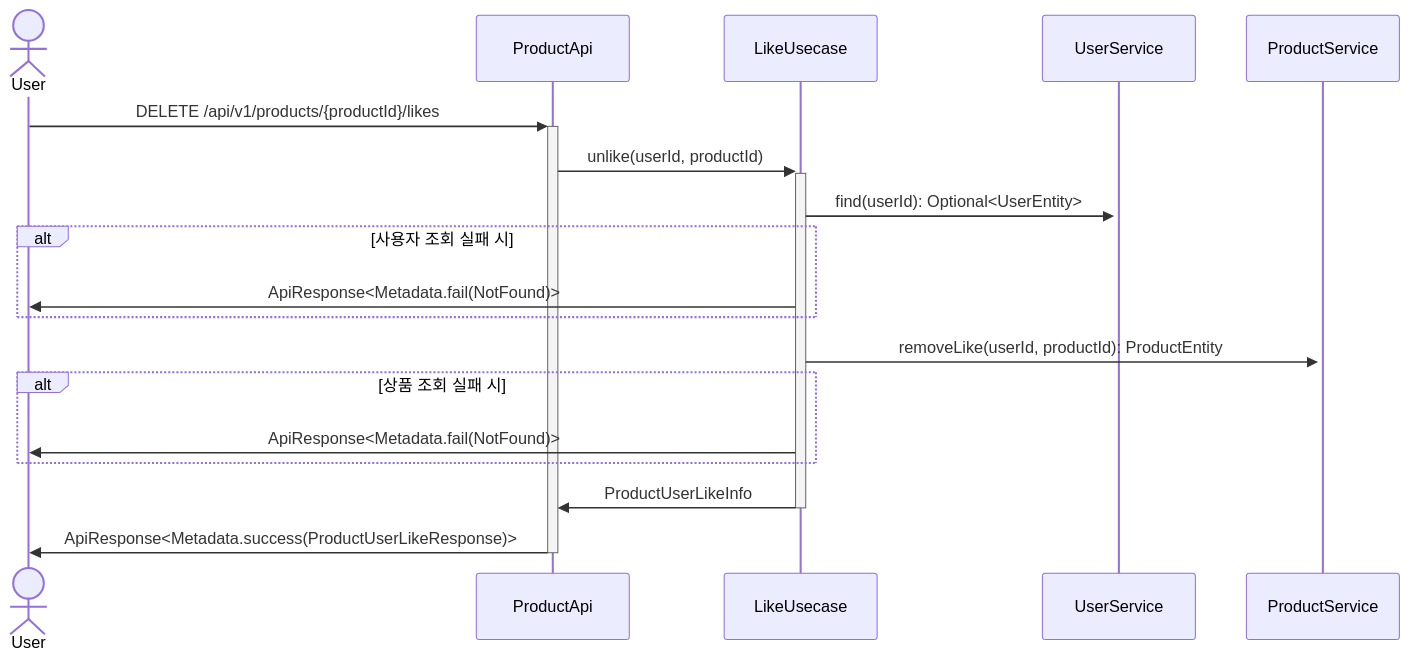
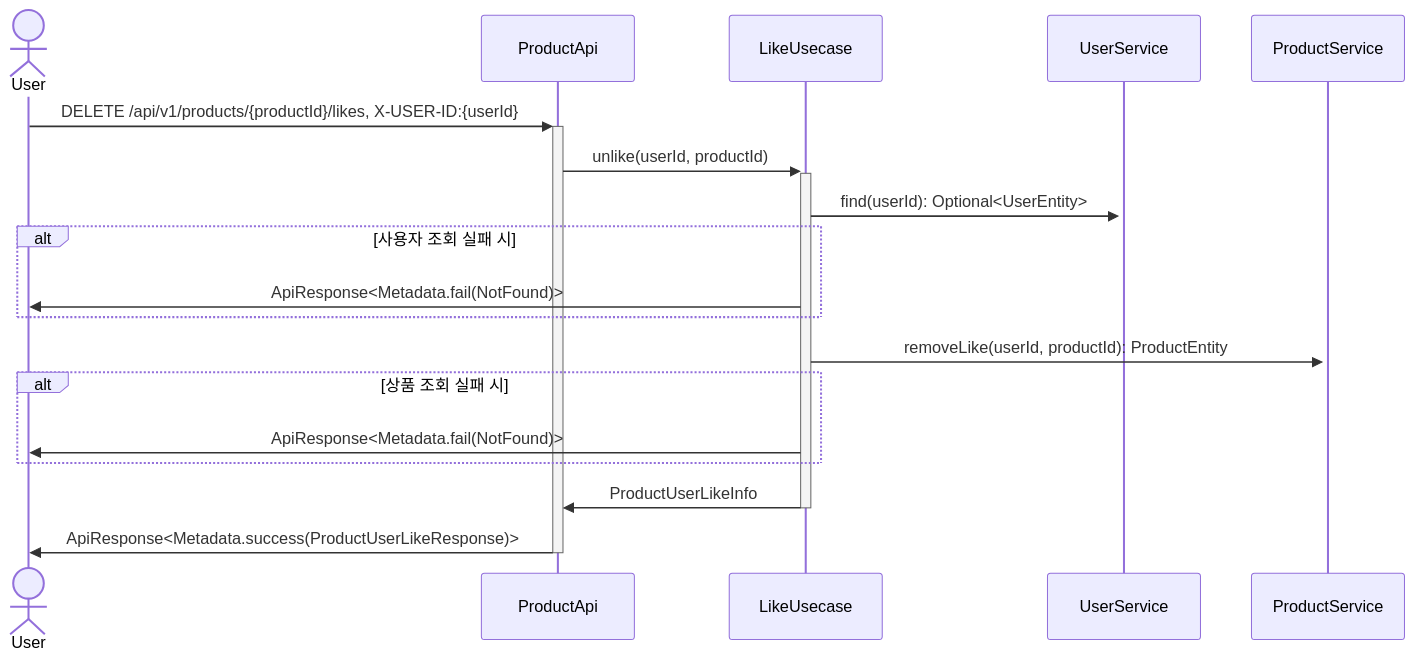
Before and after one commit to Iol-lshh/loopers_be_practice_byjava: the fifth of 9 diagrams in docs/design/02-sequence-diagrams.md, drawn with Mermaid. The commit also changed other lines of this file and 100 other files, not shown here.

````diff
--- a/docs/design/02-sequence-diagrams.md
+++ b/docs/design/02-sequence-diagrams.md
@@ -96,16 +96,16 @@
 ```mermaid
 sequenceDiagram
     actor User
-    User->>+ProductApi: DELETE /api/v1/products/{productId}/likes
+    User->>+ProductApi: DELETE /api/v1/products/{productId}/likes, X-USER-ID:{userId}
     ProductApi->>+LikeUsecase: unlike(userId, productId)
     LikeUsecase->>+UserService: find(userId): Optional<UserEntity>
     alt 사용자 조회 실패 시
         LikeUsecase->>User: ApiResponse<Metadata.fail(NotFound)>
     end
     LikeUsecase->>+ProductService: removeLike(userId, productId): ProductEntity
     alt 상품 조회 실패 시
         LikeUsecase->>User: ApiResponse<Metadata.fail(NotFound)>
     end
     LikeUsecase->>-ProductApi: ProductUserLikeInfo
     ProductApi->>-User: ApiResponse<Metadata.success(ProductUserLikeResponse)>
 ```
````
